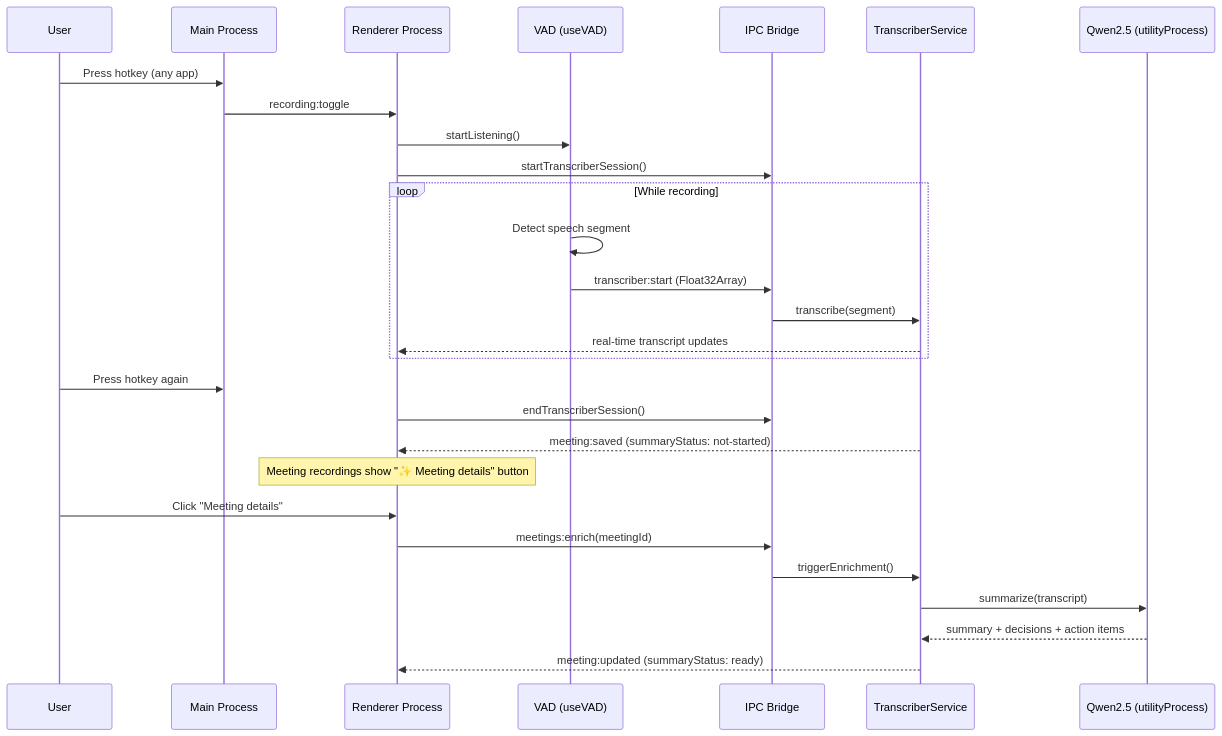
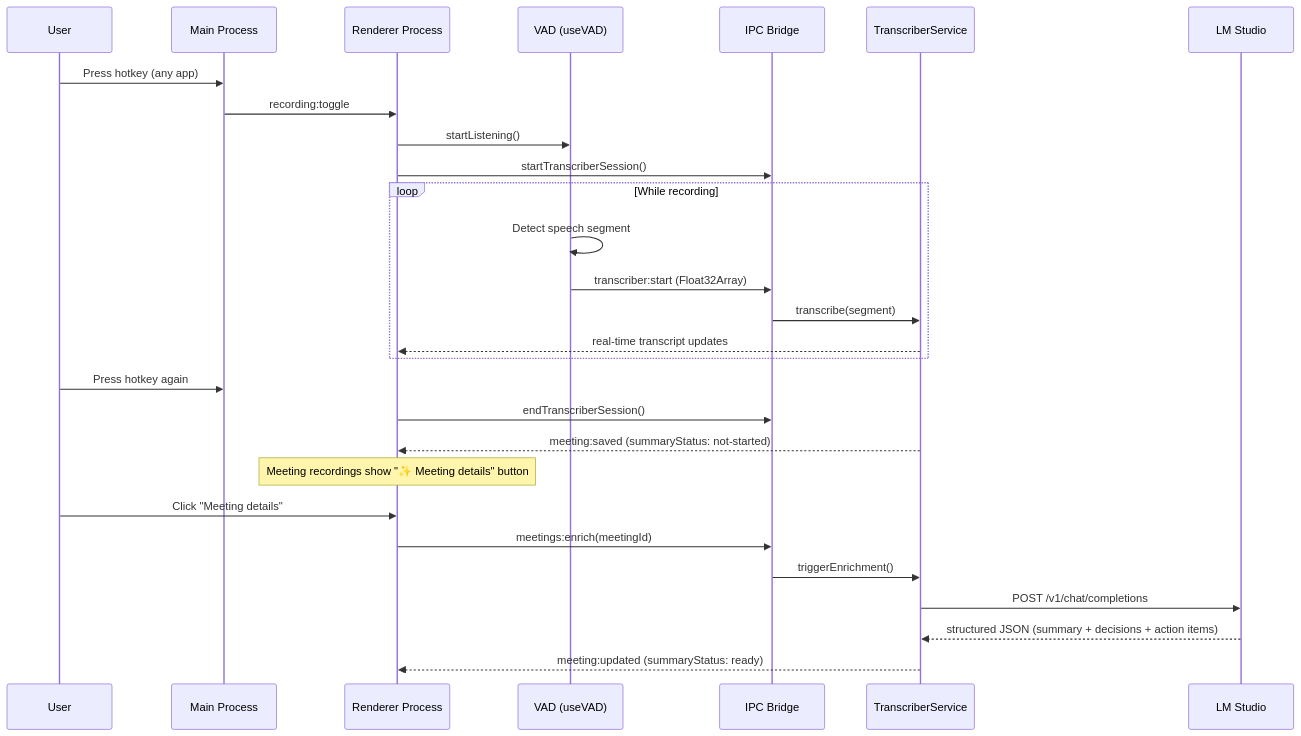
One commit to justanotherkevin/VOA changed the diagram in README.md. Above: the diagram before and after it, drawn with Mermaid. The commit also changed other lines of this file and 19 other files, not shown here.

````diff
--- a/README.md
+++ b/README.md
@@ -63,35 +60,35 @@
 ```mermaid
 sequenceDiagram
     participant User
     participant Main as Main Process
     participant Renderer as Renderer Process
     participant VAD as VAD (useVAD)
     participant IPC as IPC Bridge
     participant Transcriber as TranscriberService
-    participant Qwen as Qwen2.5 (utilityProcess)
+    participant LMStudio as LM Studio
 
     User->>Main: Press hotkey (any app)
     Main->>Renderer: recording:toggle
 
     Renderer->>VAD: startListening()
     Renderer->>IPC: startTranscriberSession()
 
     loop While recording
         VAD->>VAD: Detect speech segment
         VAD->>IPC: transcriber:start (Float32Array)
         IPC->>Transcriber: transcribe(segment)
         Transcriber-->>Renderer: real-time transcript updates
     end
 
     User->>Main: Press hotkey again
     Renderer->>IPC: endTranscriberSession()
     Transcriber-->>Renderer: meeting:saved (summaryStatus: not-started)
 
     Note over Renderer: Meeting recordings show "✨ Meeting details" button
     User->>Renderer: Click "Meeting details"
     Renderer->>IPC: meetings:enrich(meetingId)
     IPC->>Transcriber: triggerEnrichment()
-    Transcriber->>Qwen: summarize(transcript)
-    Qwen-->>Transcriber: summary + decisions + action items
+    Transcriber->>LMStudio: POST /v1/chat/completions
+    LMStudio-->>Transcriber: structured JSON (summary + decisions + action items)
     Transcriber-->>Renderer: meeting:updated (summaryStatus: ready)
 ```
````
